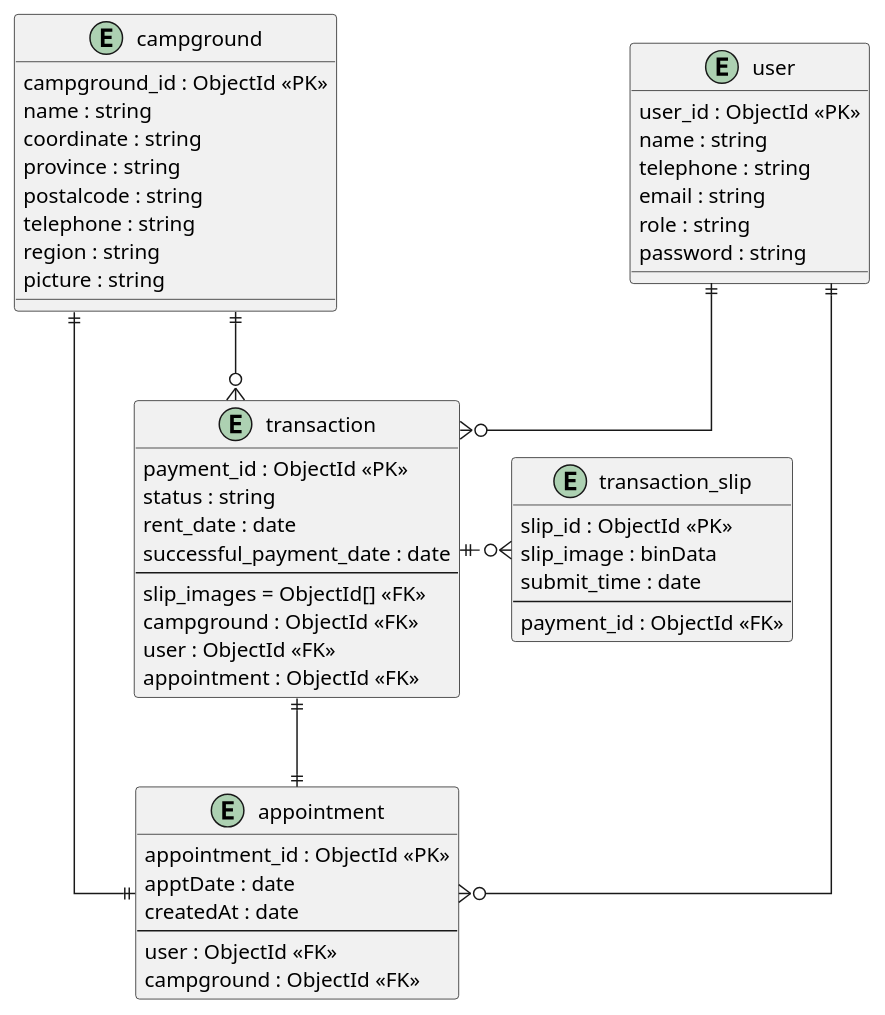
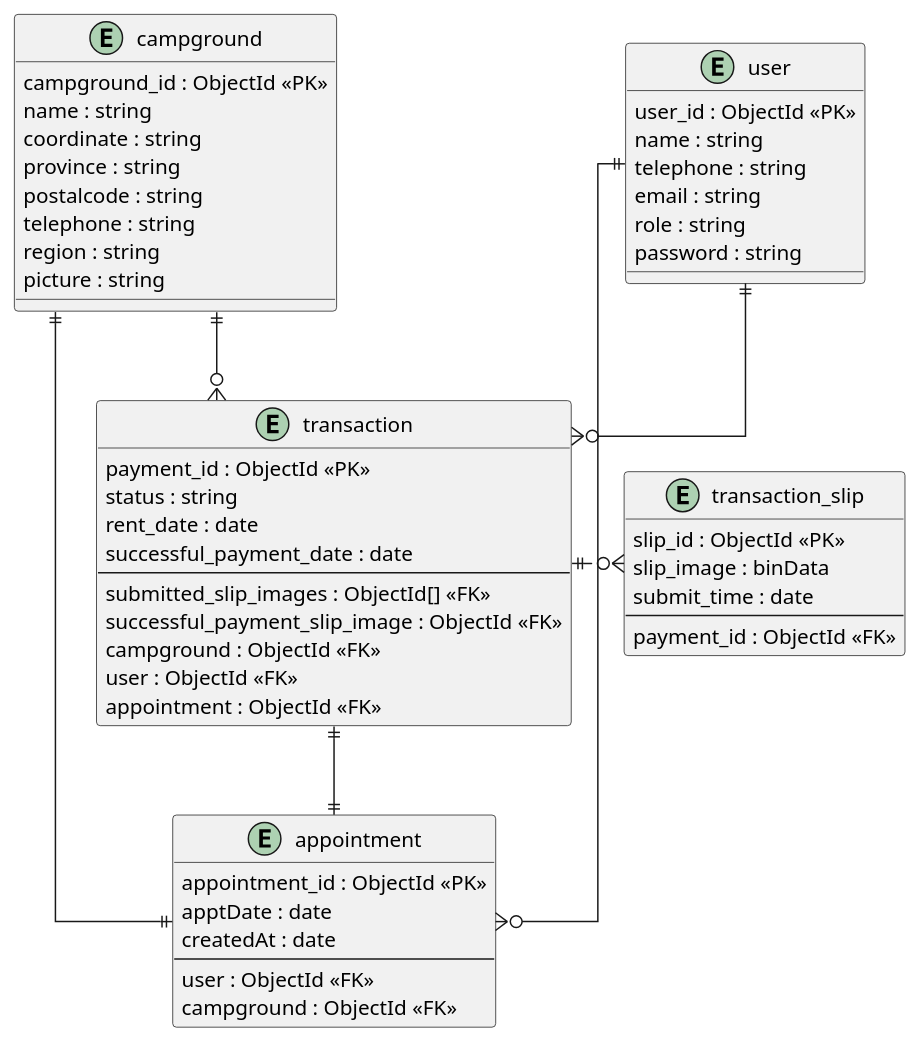
Before and after one commit to FaiiFaiipuipui/CEDT_Y1T2_backend-campgroundbooking: the diagram in models/DatabaseSchema.puml, drawn with PlantUML. The commit also changed 1 other file, not shown here.

Commit message:
Update slip_images declaration in TransactionSchema

```diff
--- a/models/DatabaseSchema.puml
+++ b/models/DatabaseSchema.puml
@@ -1,62 +1,63 @@
 @startuml DatabaseSchema
 
 skinparam Linetype ortho
 
 entity campground {
   campground_id : ObjectId <<PK>>
   name : string
   coordinate : string
   province : string
   postalcode : string
   telephone : string
   region : string
   picture : string
 }
 entity appointment {
   appointment_id : ObjectId <<PK>>
   apptDate : date
   createdAt : date
   --
   user : ObjectId <<FK>>
   campground : ObjectId <<FK>>
 }
 
 entity user {
   user_id : ObjectId <<PK>>
   name : string
   telephone : string
   email : string
   role : string
   password : string
 }
 
 entity transaction {
   payment_id : ObjectId <<PK>>
   status : string /' status: [PENDING, COMPLETE, REJECTED, CANCELED] '/
   rent_date : date
   successful_payment_date : date
   --
-  slip_images = ObjectId[] <<FK>>
+  submitted_slip_images : ObjectId[] <<FK>>
+  successful_payment_slip_image : ObjectId <<FK>> 
   campground : ObjectId <<FK>>
   user : ObjectId <<FK>>
   appointment : ObjectId <<FK>>
 }
 
 
 
 entity transaction_slip {
   slip_id : ObjectId <<PK>>
   slip_image : binData /' image file, must be compressed to be less than 2 MB preferrably for efficient database querying, and for storage efficiency (mongoDB BSON max size is 16 MB) '/
   submit_time : date
   --
   payment_id : ObjectId <<FK>>
 }
 
 ' entity relation
 user ||--o{ appointment
 user ||--o{ transaction
 campground ||--|| appointment
 campground ||--o{ transaction
 transaction ||.right.o{ transaction_slip /' ONE to ZERO_OR_MANY '/
 transaction ||--|| appointment
 @enduml
```
